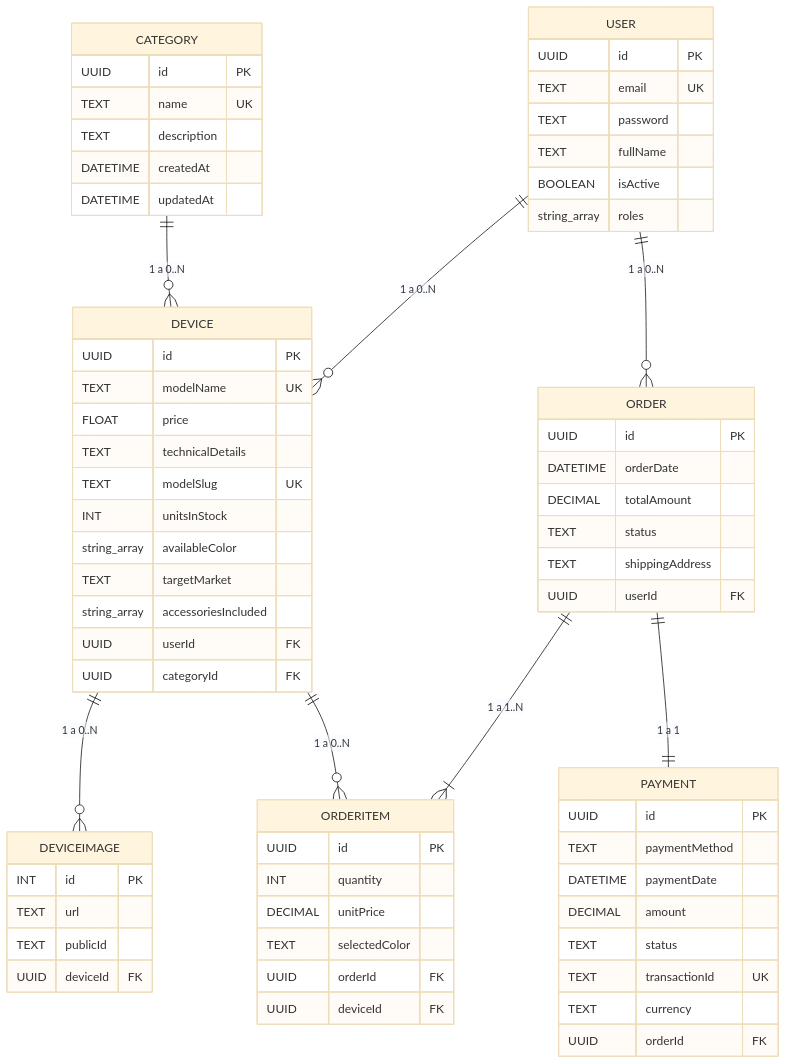
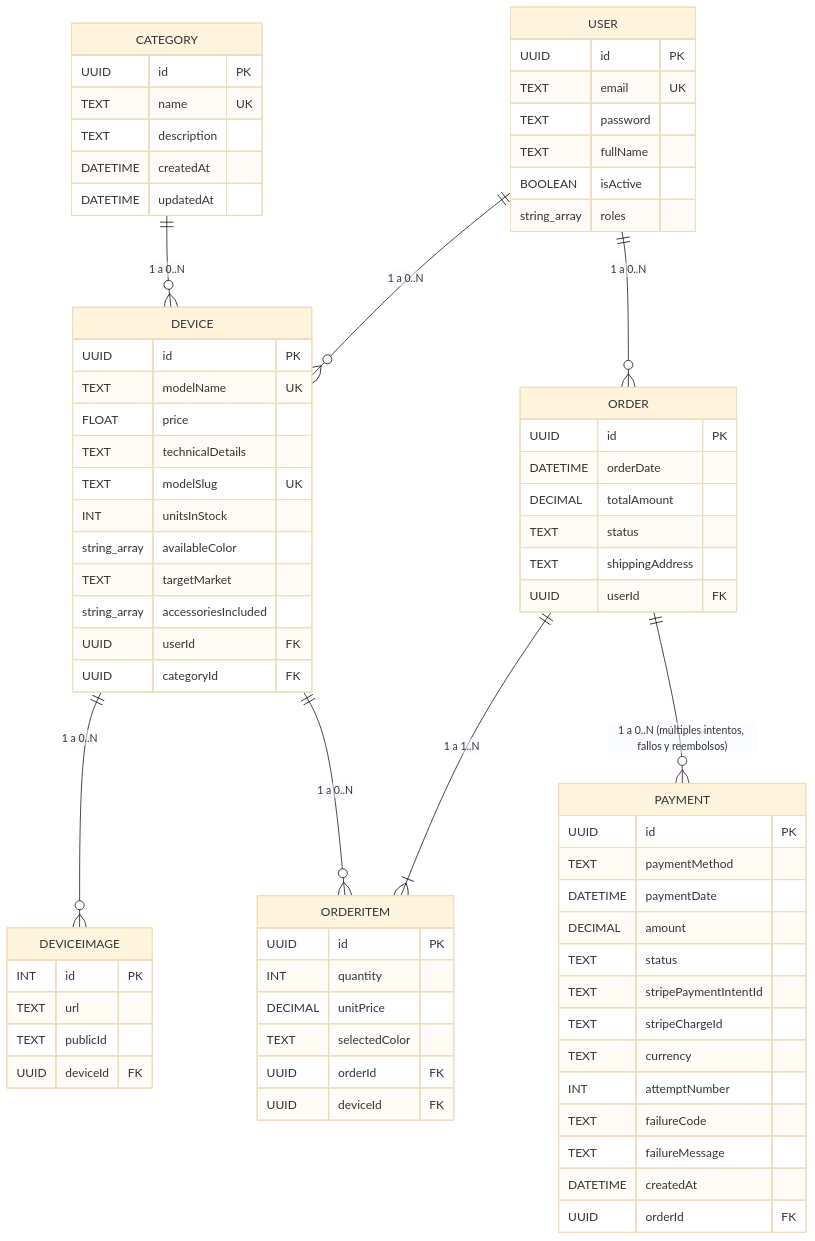
The first of 2 diagrams in diccionario-datos-app-mobistore.md (lugoz99/app-mobistore), drawn with Mermaid (base theme) before and after one commit. The commit also changed other lines of this file and 20 other files, not shown here.

````diff
--- a/diccionario-datos-app-mobistore.md
+++ b/diccionario-datos-app-mobistore.md
@@ -58,8 +58,13 @@
         DATETIME paymentDate
         DECIMAL amount
         TEXT status
-        TEXT transactionId UK
+        TEXT stripePaymentIntentId
+        TEXT stripeChargeId
         TEXT currency
+        INT attemptNumber
+        TEXT failureCode
+        TEXT failureMessage
+        DATETIME createdAt
         UUID orderId FK
     }
 
@@ -77,6 +82,6 @@
     DEVICE ||--o{ DEVICEIMAGE : "1 a 0..N"
     ORDER ||--|{ ORDERITEM : "1 a 1..N"
     DEVICE ||--o{ ORDERITEM : "1 a 0..N"
-    ORDER ||--|| PAYMENT : "1 a 1"
+    ORDER ||--o{ PAYMENT : "1 a 0..N (múltiples intentos, fallos y reembolsos)"
     CATEGORY ||--o{ DEVICE : "1 a 0..N"
 ```
````
